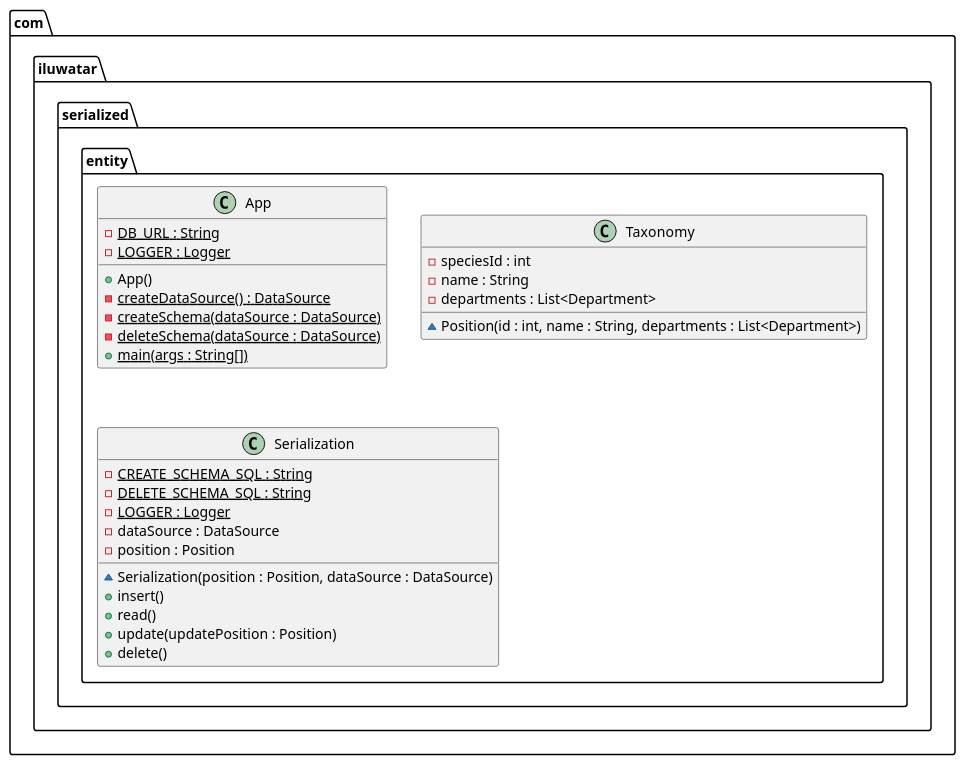
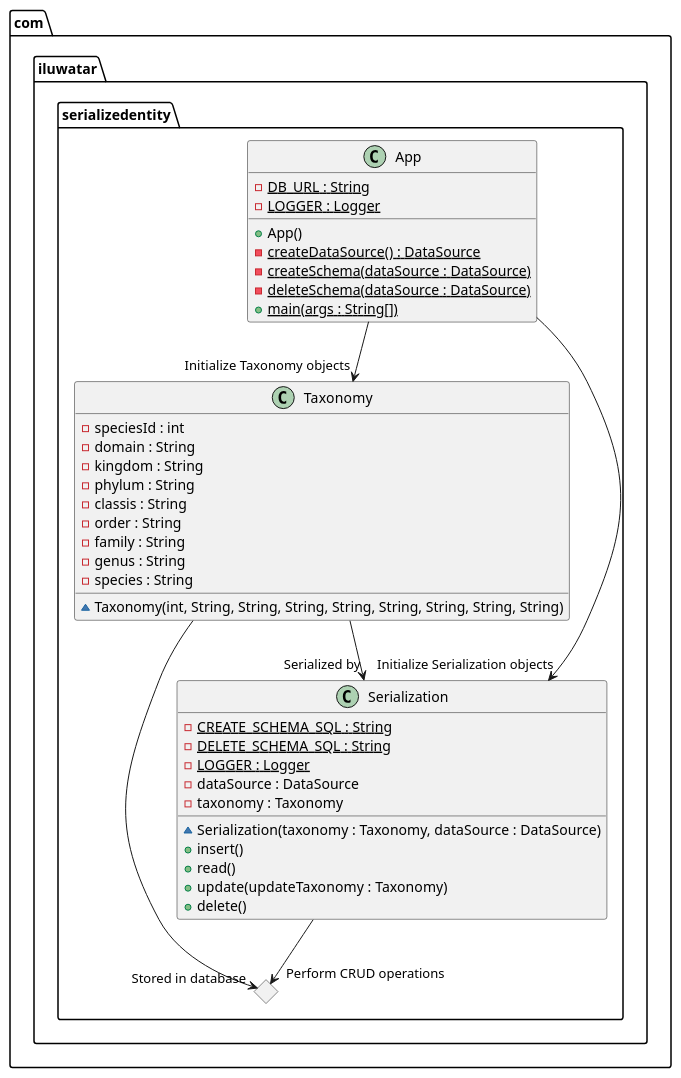
One commit to iluwatar/java-design-patterns changed the diagram in serialized-entity/etc/serialized-entity.puml. Above: the diagram before and after it, drawn with PlantUML. The commit also changed 2 other files, not shown here.

Commit message:
Add UML and Readme
Add UML diagram through the use of puml
Add README.md

```diff
--- a/serialized-entity/etc/serialized-entity.puml
+++ b/serialized-entity/etc/serialized-entity.puml
@@ -1,31 +1,46 @@
 @startuml
-package com.iluwatar.serialized.entity {
+package com.iluwatar.serializedentity {
   class App {
     - DB_URL : String {static}
     - LOGGER : Logger {static}
     + App()
     - createDataSource() : DataSource {static}
     - createSchema(dataSource : DataSource) {static}
     - deleteSchema(dataSource : DataSource) {static}
     + main(args : String[]) {static}
   }
+
   class Taxonomy {
     - speciesId : int
-    - name : String
-    - departments : List<Department>
-    ~ Position(id : int, name : String, departments : List<Department>)
+    - domain : String
+    - kingdom : String
+    - phylum : String
+    - classis : String
+    - order : String
+    - family : String
+    - genus : String
+    - species : String
+    ~ Taxonomy(int, String, String, String, String, String, String, String, String)
   }
+
   class Serialization {
     - CREATE_SCHEMA_SQL : String {static}
     - DELETE_SCHEMA_SQL : String {static}
     - LOGGER : Logger {static}
     - dataSource : DataSource
-    - position : Position
-    ~ Serialization(position : Position, dataSource : DataSource)
+    - taxonomy : Taxonomy
+    ~ Serialization(taxonomy : Taxonomy, dataSource : DataSource)
     + insert()
     + read()
-    + update(updatePosition : Position)
+    + update(updateTaxonomy : Taxonomy)
     + delete()
   }
+  diamond h2db
 }
+
+App --> "Initialize Taxonomy objects" Taxonomy
+App --> "Initialize Serialization objects" Serialization
+Taxonomy --> "Serialized by" Serialization
+Taxonomy --> "Stored in database" h2db
+Serialization --> "Perform CRUD operations" h2db
 @enduml
```
